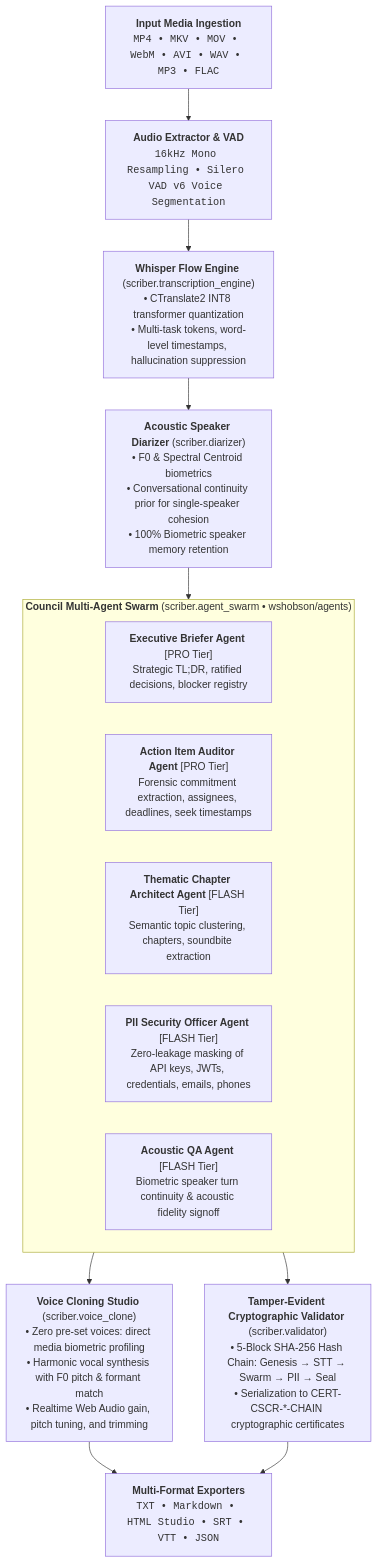
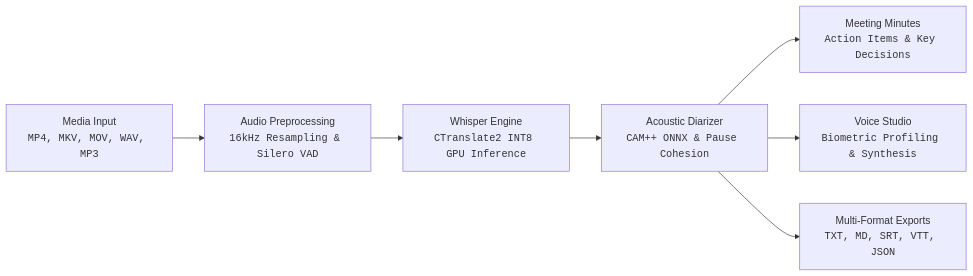
One commit to LakshyaPrasher/Scriber changed the diagram in README.md. Above: the diagram before and after it, drawn with Mermaid. The commit also changed other lines of this file and 2 other files, not shown here.

Commit message:
docs: streamline README into professional desktop product documentation and remove outdated model/agent bloat

````diff
--- a/README.md
+++ b/README.md
@@ -28,28 +26,9 @@
 ```mermaid
-flowchart TD
-    A["<b>Input Media Ingestion</b><br/><code>MP4 • MKV • MOV • WebM • AVI • WAV • MP3 • FLAC</code>"]
-    B["<b>Audio Extractor &amp; VAD</b><br/><code>16kHz Mono Resampling • Silero VAD v6 Voice Segmentation</code>"]
-    C["<b>Whisper Flow Engine</b> (scriber.transcription_engine)<br/>• CTranslate2 INT8 transformer quantization<br/>• Multi-task tokens, word-level timestamps, hallucination suppression"]
-    D["<b>Acoustic Speaker Diarizer</b> (scriber.diarizer)<br/>• F0 &amp; Spectral Centroid biometrics<br/>• Conversational continuity prior for single-speaker cohesion<br/>• 100% Biometric speaker memory retention"]
-    
-    subgraph Swarm ["<b>Council Multi-Agent Swarm</b> (scriber.agent_swarm • wshobson/agents)"]
-        S1["<b>Executive Briefer Agent</b> [PRO Tier]<br/>Strategic TL;DR, ratified decisions, blocker registry"]
-        S2["<b>Action Item Auditor Agent</b> [PRO Tier]<br/>Forensic commitment extraction, assignees, deadlines, seek timestamps"]
-        S3["<b>Thematic Chapter Architect Agent</b> [FLASH Tier]<br/>Semantic topic clustering, chapters, soundbite extraction"]
-        S4["<b>PII Security Officer Agent</b> [FLASH Tier]<br/>Zero-leakage masking of API keys, JWTs, credentials, emails, phones"]
-        S5["<b>Acoustic QA Agent</b> [FLASH Tier]<br/>Biometric speaker turn continuity &amp; acoustic fidelity signoff"]
-    end
-
-    G["<b>Voice Cloning Studio</b> (scriber.voice_clone)<br/>• Zero pre-set voices: direct media biometric profiling<br/>• Harmonic vocal synthesis with F0 pitch &amp; formant match<br/>• Realtime Web Audio gain, pitch tuning, and trimming"]
-    H["<b>Tamper-Evident Cryptographic Validator</b> (scriber.validator)<br/>• 5-Block SHA-256 Hash Chain: Genesis &rarr; STT &rarr; Swarm &rarr; PII &rarr; Seal<br/>• Serialization to CERT-CSCR-*-CHAIN cryptographic certificates"]
-    I["<b>Multi-Format Exporters</b><br/><code>TXT • Markdown • HTML Studio • SRT • VTT • JSON</code>"]
-
-    A --> B
-    B --> C
-    C --> D
-    D --> Swarm
-    Swarm --> G
-    Swarm --> H
-    G --> I
-    H --> I
+flowchart LR
+    A["Media Input<br/><code>MP4, MKV, MOV, WAV, MP3</code>"] --> B["Audio Preprocessing<br/><code>16kHz Resampling &amp; Silero VAD</code>"]
+    B --> C["Whisper Engine<br/><code>CTranslate2 INT8 GPU Inference</code>"]
+    C --> D["Acoustic Diarizer<br/><code>CAM++ ONNX &amp; Pause Cohesion</code>"]
+    D --> E["Meeting Minutes<br/><code>Action Items &amp; Key Decisions</code>"]
+    D --> F["Voice Studio<br/><code>Biometric Profiling &amp; Synthesis</code>"]
+    D --> G["Multi-Format Exports<br/><code>TXT, MD, SRT, VTT, JSON</code>"]
 ```
````
